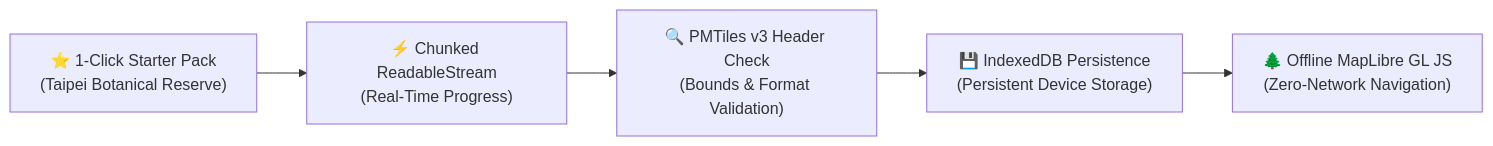
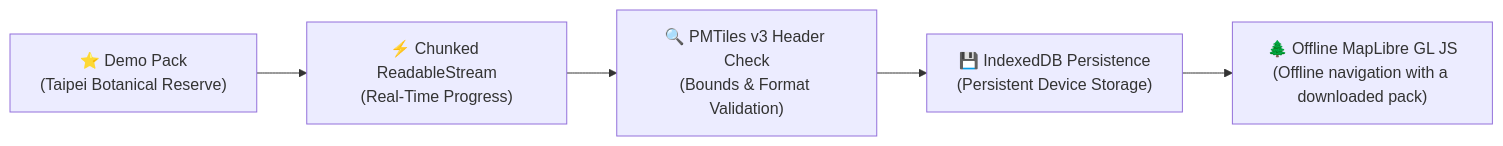
The third of 3 diagrams in README.md (XiaoArnav/wildtrail), drawn with Mermaid before and after one commit. The commit also changed other lines of this file and 3 other files, not shown here.

Commit message:
fix: privacy honesty, demo pack labels/attribution, pin transformers@3.8.1, bump sw to v49

````diff
--- a/README.md
+++ b/README.md
@@ -164,7 +166,7 @@
 ```mermaid
 flowchart LR
-    A["⭐ 1-Click Starter Pack\n(Taipei Botanical Reserve)"] --> B["⚡ Chunked ReadableStream\n(Real-Time Progress)"]
+    A["⭐ Demo Pack\n(Taipei Botanical Reserve)"] --> B["⚡ Chunked ReadableStream\n(Real-Time Progress)"]
     B --> C["🔍 PMTiles v3 Header Check\n(Bounds & Format Validation)"]
     C --> D["💾 IndexedDB Persistence\n(Persistent Device Storage)"]
-    D --> E["🌲 Offline MapLibre GL JS\n(Zero-Network Navigation)"]
+    D --> E["🌲 Offline MapLibre GL JS\n(Offline navigation with a downloaded pack)"]
 ```
````
